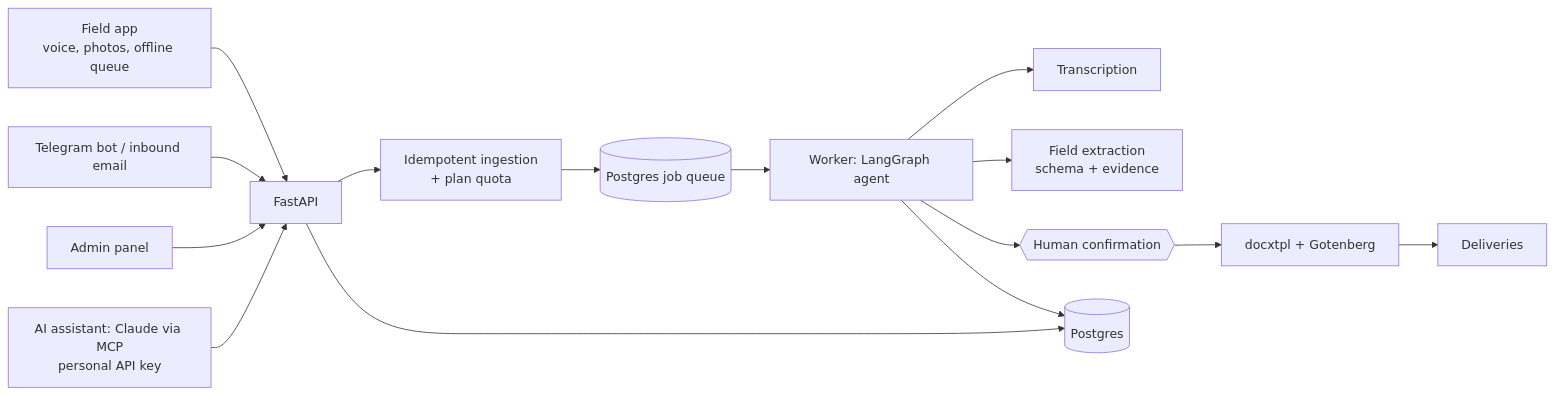
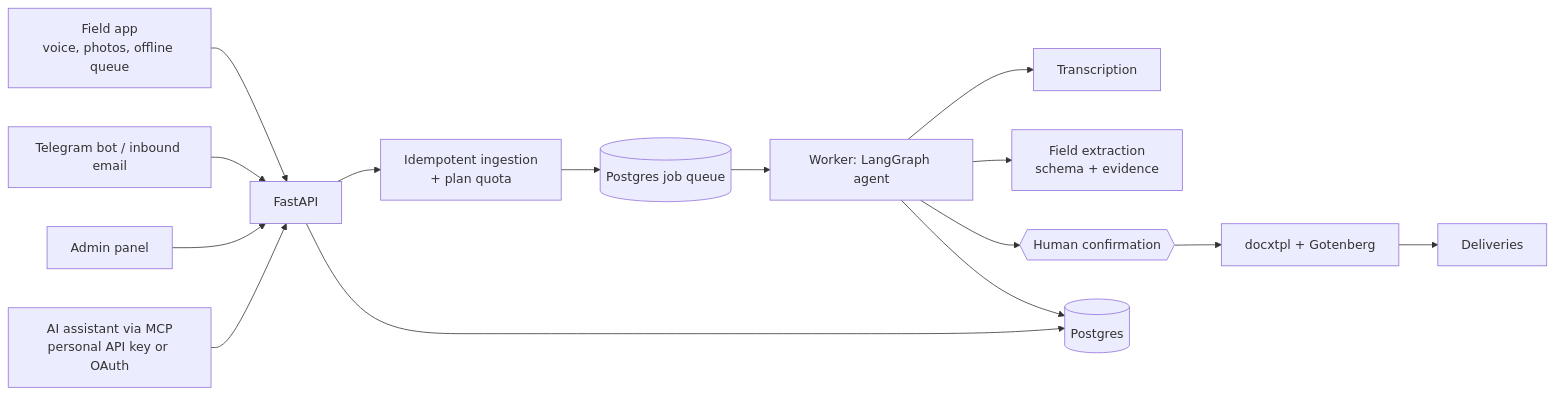
One commit to avaazquezz/ReportAI changed the diagram in README.md. Above: the diagram before and after it, drawn with Mermaid. The commit also changed other lines of this file and 33 other files, not shown here.

Commit message:
docs: add architecture, how-it-works pages, decision records and operations reference

````diff
--- a/README.md
+++ b/README.md
@@ -33,17 +33,17 @@
 ```mermaid
 flowchart LR
     App[Field app<br/>voice, photos, offline queue] --> API[FastAPI]
     Conn[Telegram bot / inbound email] --> API
     Panel[Admin panel] --> API
-    MCP[AI assistant: Claude via MCP<br/>personal API key] --> API
+    MCP[AI assistant via MCP<br/>personal API key or OAuth] --> API
     API --> In[Idempotent ingestion<br/>+ plan quota]
     In --> Q[(Postgres job queue)]
     Q --> W[Worker: LangGraph agent]
     W --> T[Transcription]
     W --> X[Field extraction<br/>schema + evidence]
     W --> H{{Human confirmation}}
     H --> R[docxtpl + Gotenberg]
     R --> D[Deliveries]
     API --> DB[(Postgres)]
     W --> DB
 ```
````
